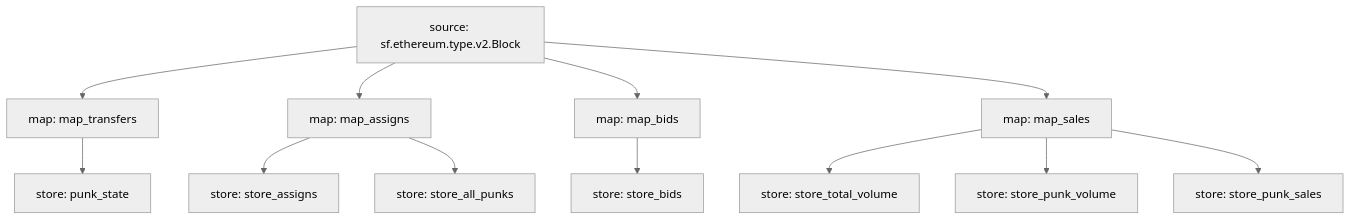
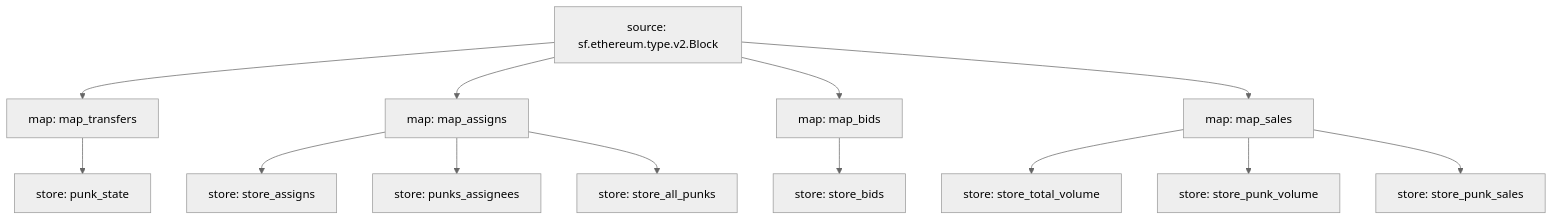
Before and after one commit to itsjerryokolo/cryptopunks_substreams: the diagram in README.md, drawn with Mermaid (neutral theme). The commit also changed other lines of this file and 4 other files, not shown here.

Commit message:
add store to track punks assigned to assignee

````diff
--- a/README.md
+++ b/README.md
@@ -3,25 +3,27 @@
 ```mermaid
 graph TD;
   map_transfers[map: map_transfers]
   sf.ethereum.type.v2.Block[source: sf.ethereum.type.v2.Block] --> map_transfers
   punk_state[store: punk_state]
   map_transfers --> punk_state
   map_assigns[map: map_assigns]
   sf.ethereum.type.v2.Block[source: sf.ethereum.type.v2.Block] --> map_assigns
   store_assigns[store: store_assigns]
   map_assigns --> store_assigns
+  punks_assignees[store: punks_assignees]
+  map_assigns --> punks_assignees
   map_bids[map: map_bids]
   sf.ethereum.type.v2.Block[source: sf.ethereum.type.v2.Block] --> map_bids
   store_bids[store: store_bids]
   map_bids --> store_bids
   store_all_punks[store: store_all_punks]
   map_assigns --> store_all_punks
   store_total_volume[store: store_total_volume]
   map_sales --> store_total_volume
   store_punk_volume[store: store_punk_volume]
   map_sales --> store_punk_volume
   store_punk_sales[store: store_punk_sales]
   map_sales --> store_punk_sales
   map_sales[map: map_sales]
   sf.ethereum.type.v2.Block[source: sf.ethereum.type.v2.Block] --> map_sales
 ```
````
